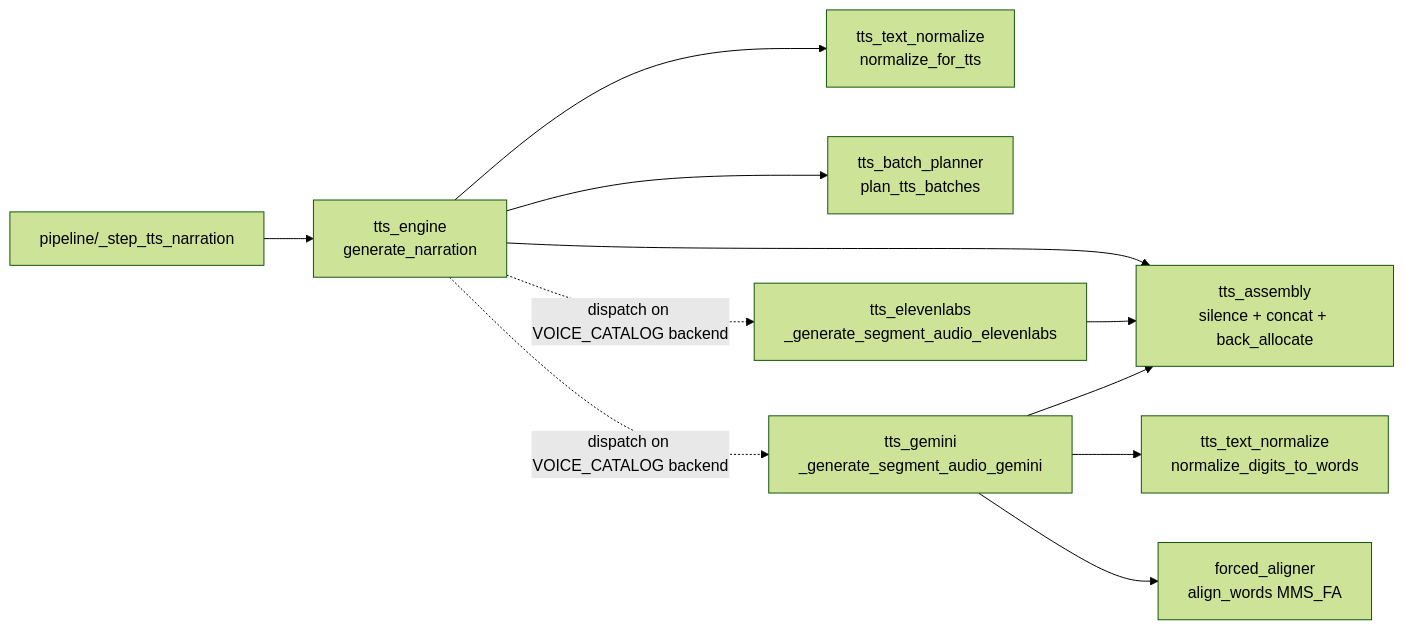
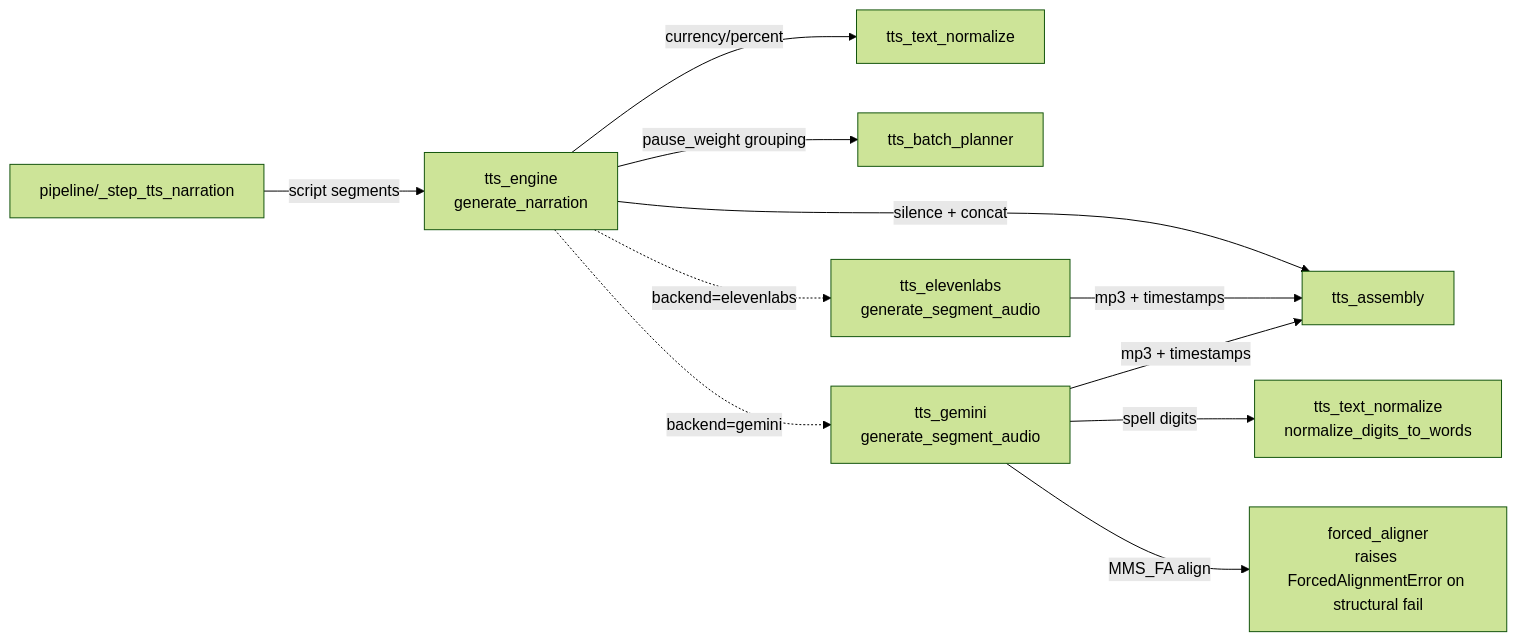
The diagram in promo/core/narrate/architecture.md (Leo86868/Promo-Pipeline), drawn with Mermaid (forest theme) before and after one commit. The commit also changed other lines of this file, not shown here.

````diff
--- a/promo/core/narrate/architecture.md
+++ b/promo/core/narrate/architecture.md
@@ -24,13 +30,13 @@
 ```mermaid
 flowchart LR
-    P[pipeline/_step_tts_narration] --> F[tts_engine<br/>generate_narration]
-    F --> NORM[tts_text_normalize<br/>normalize_for_tts]
-    F --> BP[tts_batch_planner<br/>plan_tts_batches]
-    F -. dispatch on VOICE_CATALOG backend .-> EL[tts_elevenlabs<br/>_generate_segment_audio_elevenlabs]
-    F -. dispatch on VOICE_CATALOG backend .-> GE[tts_gemini<br/>_generate_segment_audio_gemini]
-    GE --> NORM2[tts_text_normalize<br/>normalize_digits_to_words]
-    GE --> FA[forced_aligner<br/>align_words MMS_FA]
-    F --> ASM[tts_assembly<br/>silence + concat + back_allocate]
-    EL --> ASM
-    GE --> ASM
+    P[pipeline/_step_tts_narration] -->|script segments| F[tts_engine<br/>generate_narration]
+    F -->|currency/percent| NORM[tts_text_normalize]
+    F -->|pause_weight grouping| BP[tts_batch_planner]
+    F -. backend=elevenlabs .-> EL[tts_elevenlabs<br/>generate_segment_audio]
+    F -. backend=gemini .-> GE[tts_gemini<br/>generate_segment_audio]
+    GE -->|spell digits| NORM2[tts_text_normalize<br/>normalize_digits_to_words]
+    GE -->|MMS_FA align| FA[forced_aligner<br/>raises ForcedAlignmentError on structural fail]
+    F -->|silence + concat| ASM[tts_assembly]
+    EL -->|mp3 + timestamps| ASM
+    GE -->|mp3 + timestamps| ASM
 ```
````
